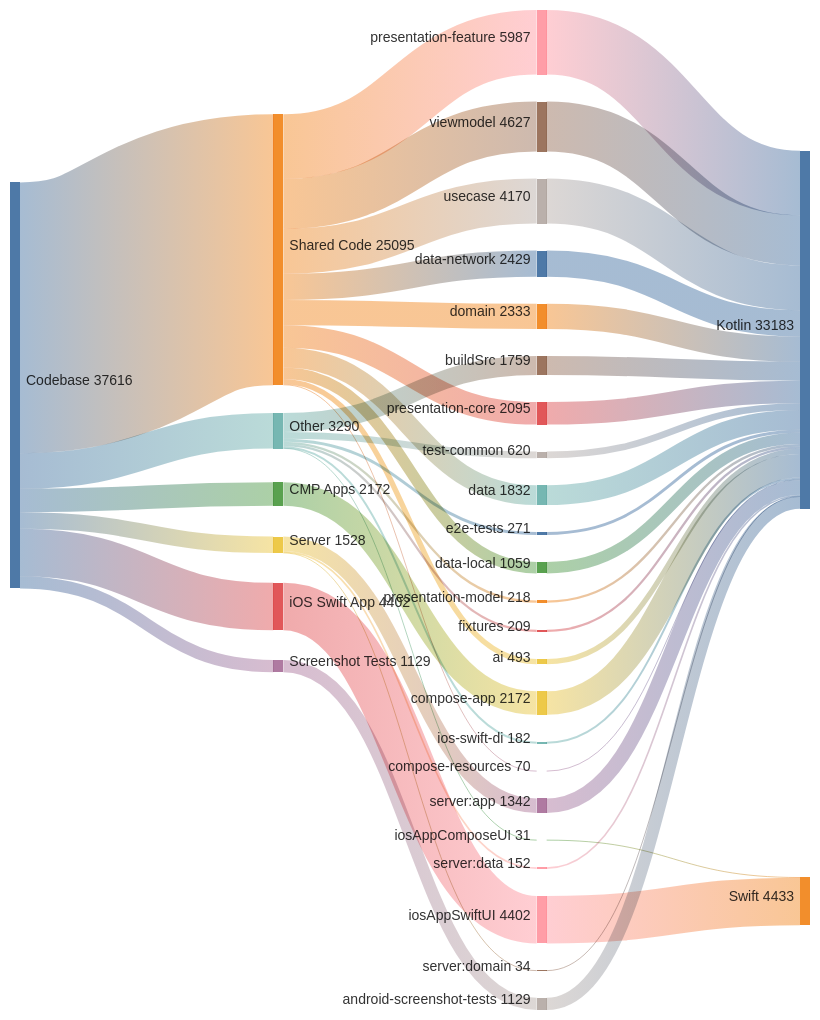
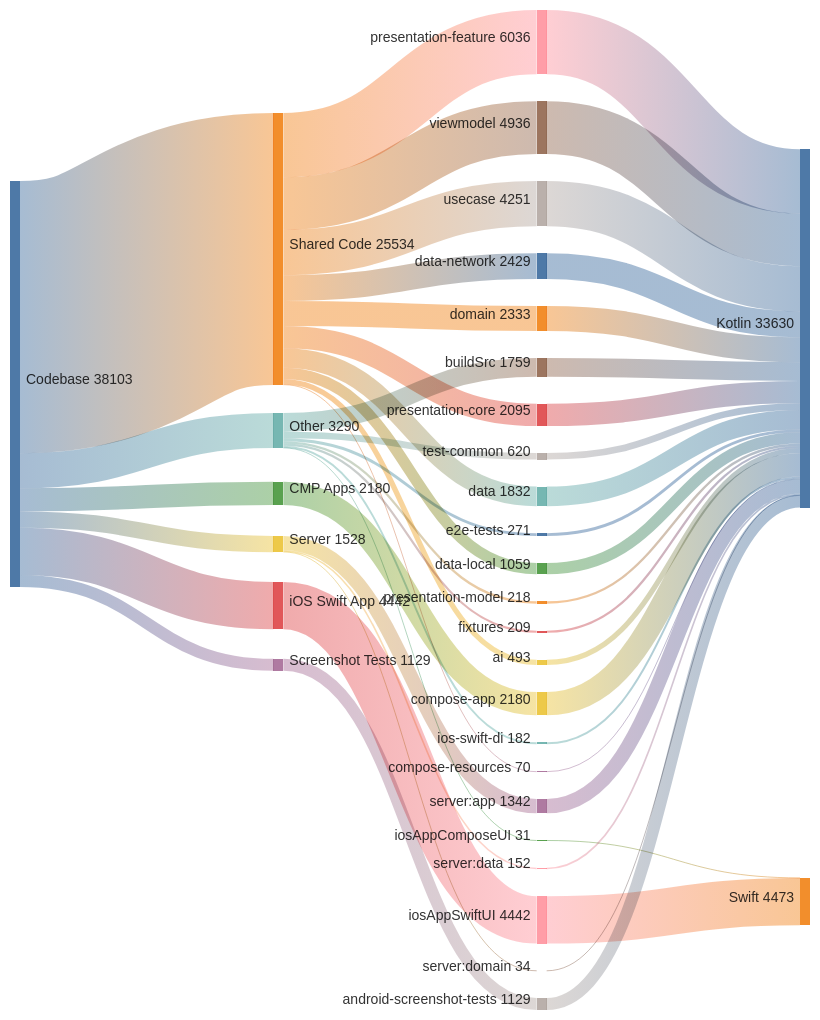
Before and after one commit to cartland/battery-butler: the second of 2 diagrams in README.md, drawn with Mermaid. The commit also changed 2 other files, not shown here.

Commit message:
docs(generated): Regenerate architecture diagrams and analysis (#966)

````diff
--- a/README.md
+++ b/README.md
@@ -162,73 +162,73 @@
 ```mermaid
 ---
 config:
   sankey:
     showValues: true
     width: 800
     height: 1000
     nodeAlignment: justify
     linkColor: gradient
 ---
 %% GENERATED FILE - DO NOT EDIT
 sankey-beta
 
-Codebase,Shared Code,25095
-Codebase,iOS Swift App,4402
+Codebase,Shared Code,25534
+Codebase,iOS Swift App,4442
 Codebase,Other,3290
-Codebase,CMP Apps,2172
+Codebase,CMP Apps,2180
 Codebase,Server,1528
 Codebase,Screenshot Tests,1129
 
-Shared Code,presentation-feature,5987
-Shared Code,viewmodel,4627
-Shared Code,usecase,4170
+Shared Code,presentation-feature,6036
+Shared Code,viewmodel,4936
+Shared Code,usecase,4251
 Shared Code,data-network,2429
 Shared Code,domain,2333
 Shared Code,presentation-core,2095
 Shared Code,data,1832
 Shared Code,data-local,1059
 Shared Code,ai,493
 Shared Code,compose-resources,70
 
-iOS Swift App,iosAppSwiftUI,4402
+iOS Swift App,iosAppSwiftUI,4442
 
 Other,buildSrc,1759
 Other,test-common,620
 Other,e2e-tests,271
 Other,presentation-model,218
 Other,fixtures,209
 Other,ios-swift-di,182
 Other,iosAppComposeUI,31
 
-CMP Apps,compose-app,2172
+CMP Apps,compose-app,2180
 
 Server,server:app,1342
 Server,server:data,152
 Server,server:domain,34
 
 Screenshot Tests,android-screenshot-tests,1129
 
-presentation-feature,Kotlin,5987
-viewmodel,Kotlin,4627
-iosAppSwiftUI,Swift,4402
-usecase,Kotlin,4170
+presentation-feature,Kotlin,6036
+viewmodel,Kotlin,4936
+iosAppSwiftUI,Swift,4442
+usecase,Kotlin,4251
 data-network,Kotlin,2429
 domain,Kotlin,2333
-compose-app,Kotlin,2172
+compose-app,Kotlin,2180
 presentation-core,Kotlin,2095
 data,Kotlin,1832
 buildSrc,Kotlin,1759
 server:app,Kotlin,1342
 android-screenshot-tests,Kotlin,1129
 data-local,Kotlin,1059
 test-common,Kotlin,620
 ai,Kotlin,493
 e2e-tests,Kotlin,271
 presentation-model,Kotlin,218
 fixtures,Kotlin,209
 ios-swift-di,Kotlin,182
 server:data,Kotlin,152
 compose-resources,Kotlin,70
 server:domain,Kotlin,34
 iosAppComposeUI,Swift,31
 ```
````
